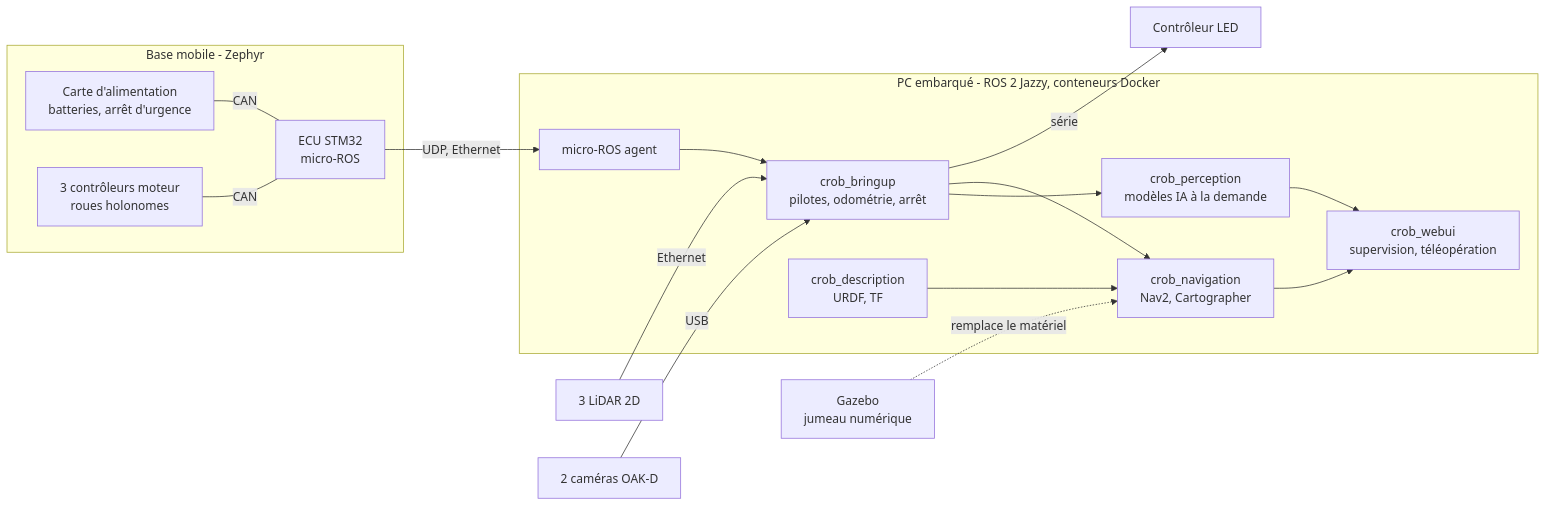
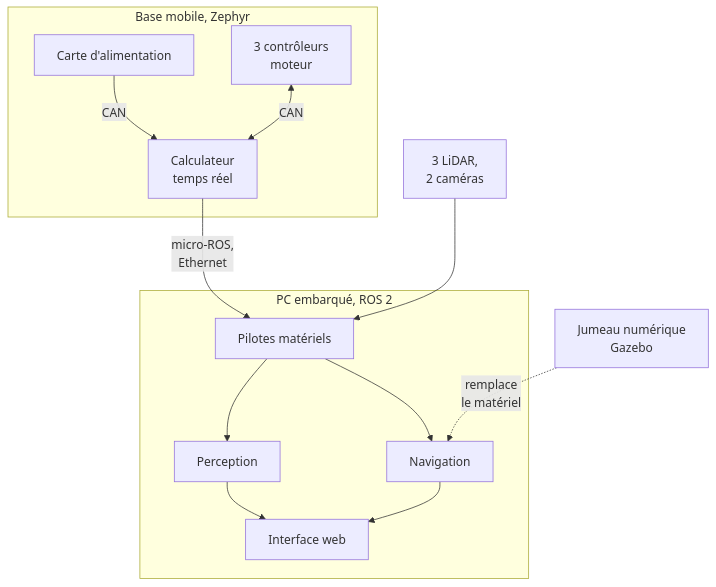
Before and after one commit to sedelpeuch/sedelpeuch.github.io: the diagram in docs/projects/professionnel/crob.md, drawn with Mermaid. The commit also changed other lines of this file and 12 other files, not shown here.

````diff
--- a/docs/projects/professionnel/crob.md
+++ b/docs/projects/professionnel/crob.md
@@ -48,33 +30,20 @@
 ```mermaid
-flowchart LR
-    subgraph base["Base mobile - Zephyr"]
-        psu["Carte d'alimentation<br/>batteries, arrêt d'urgence"]
-        motors["3 contrôleurs moteur<br/>roues holonomes"]
-        ecu["ECU STM32<br/>micro-ROS"]
-        psu -- CAN --- ecu
-        motors -- CAN --- ecu
-    end
-    lidar["3 LiDAR 2D"]
-    oak["2 caméras OAK-D"]
-    led["Contrôleur LED"]
-    subgraph pc["PC embarqué - ROS 2 Jazzy, conteneurs Docker"]
-        agent["micro-ROS agent"]
-        bringup["crob_bringup<br/>pilotes, odométrie, arrêt"]
-        desc["crob_description<br/>URDF, TF"]
-        nav["crob_navigation<br/>Nav2, Cartographer"]
-        perc["crob_perception<br/>modèles IA à la demande"]
-        web["crob_webui<br/>supervision, téléopération"]
-    end
-    sim["Gazebo<br/>jumeau numérique"]
-    ecu -- "UDP, Ethernet" --> agent
-    agent --> bringup
-    lidar -- Ethernet --> bringup
-    oak -- USB --> bringup
-    bringup -- série --> led
-    bringup --> nav
-    bringup --> perc
-    desc --> nav
-    nav --> web
-    perc --> web
-    sim -. "remplace le matériel" .-> nav
+flowchart TD
+  subgraph base["Base mobile, Zephyr"]
+    psu["Carte d'alimentation"] -->|CAN| ecu["Calculateur<br/>temps réel"]
+    mot["3 contrôleurs<br/>moteur"] <-->|CAN| ecu
+  end
+  subgraph pc["PC embarqué, ROS 2"]
+    pilotes["Pilotes matériels"]
+    nav["Navigation"]
+    perc["Perception"]
+    web["Interface web"]
+  end
+  ecu -->|"micro-ROS,<br/>Ethernet"| pilotes
+  capteurs["3 LiDAR,<br/>2 caméras"] --> pilotes
+  pilotes --> nav
+  pilotes --> perc
+  nav --> web
+  perc --> web
+  sim["Jumeau numérique<br/>Gazebo"] -.->|"remplace<br/>le matériel"| nav
 ```
````
